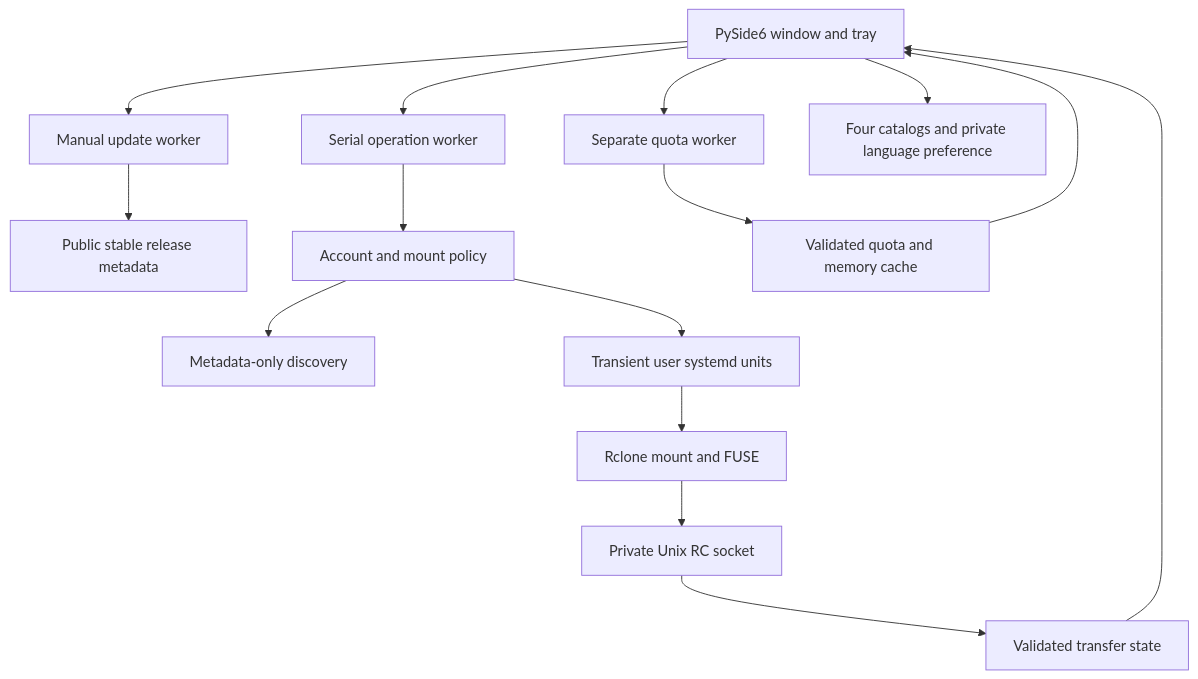
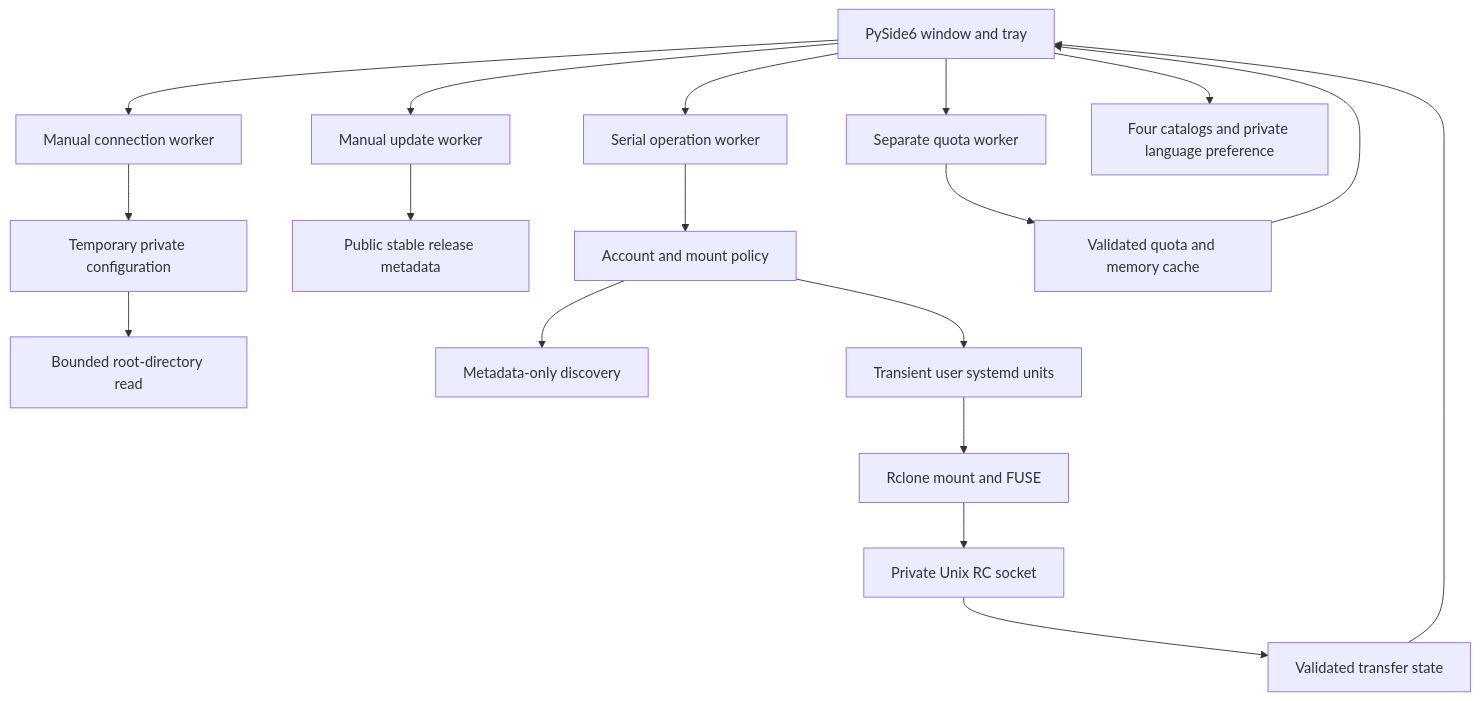
Before and after one commit to isoslinux/drivemanager: the diagram in docs/architecture.md, drawn with Mermaid. The commit also changed other lines of this file and 25 other files, not shown here.

````diff
--- a/docs/architecture.md
+++ b/docs/architecture.md
@@ -5,17 +5,20 @@
 ```mermaid
 flowchart TD
     UI[PySide6 window and tray] --> Operations[Serial operation worker]
     UI --> Quota[Separate quota worker]
+    UI --> Connectivity[Manual connection worker]
+    Connectivity --> Snapshot[Temporary private configuration]
+    Snapshot --> RootRead[Bounded root-directory read]
     UI --> Updates[Manual update worker]
     Updates --> GitHub[Public stable release metadata]
     Operations --> Manager[Account and mount policy]
     Manager --> Discovery[Metadata-only discovery]
     Manager --> Systemd[Transient user systemd units]
     Systemd --> Rclone[Rclone mount and FUSE]
     Rclone --> RC[Private Unix RC socket]
     RC --> Transfers[Validated transfer state]
     Transfers --> UI
     Quota --> Capacity[Validated quota and memory cache]
     Capacity --> UI
     UI --> Languages[Four catalogs and private language preference]
 ```
````
